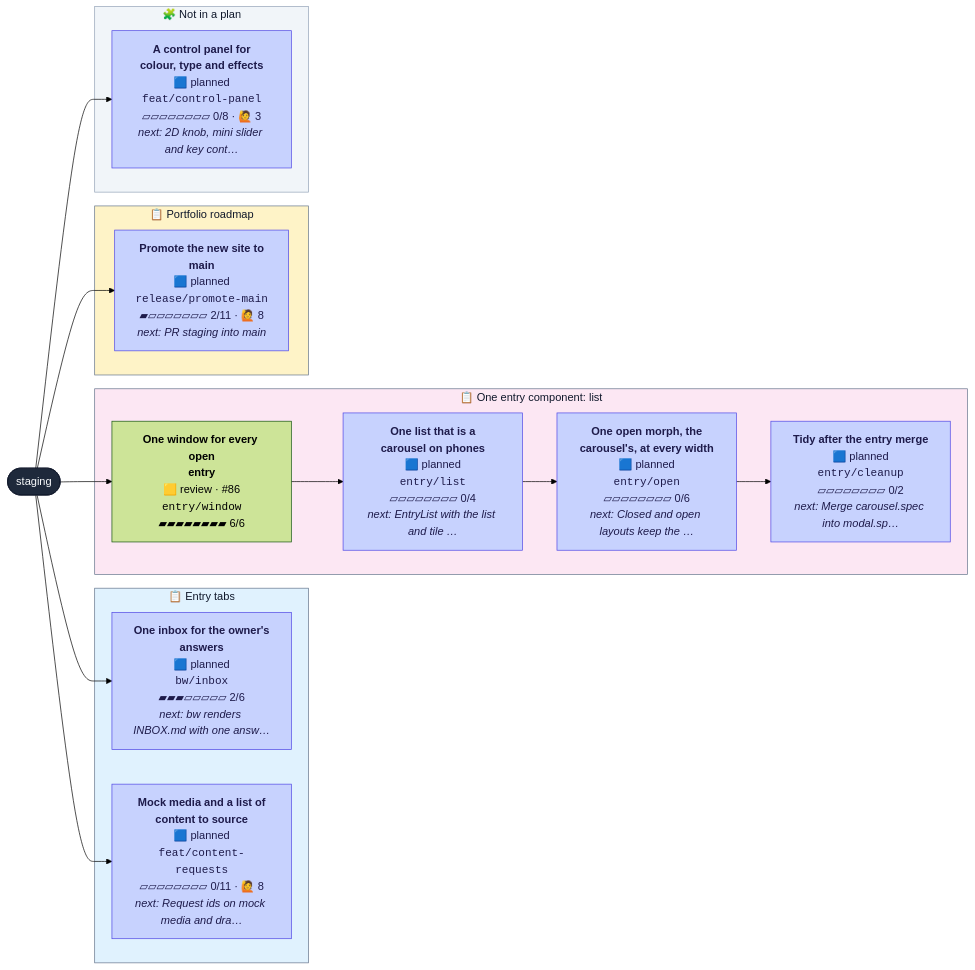
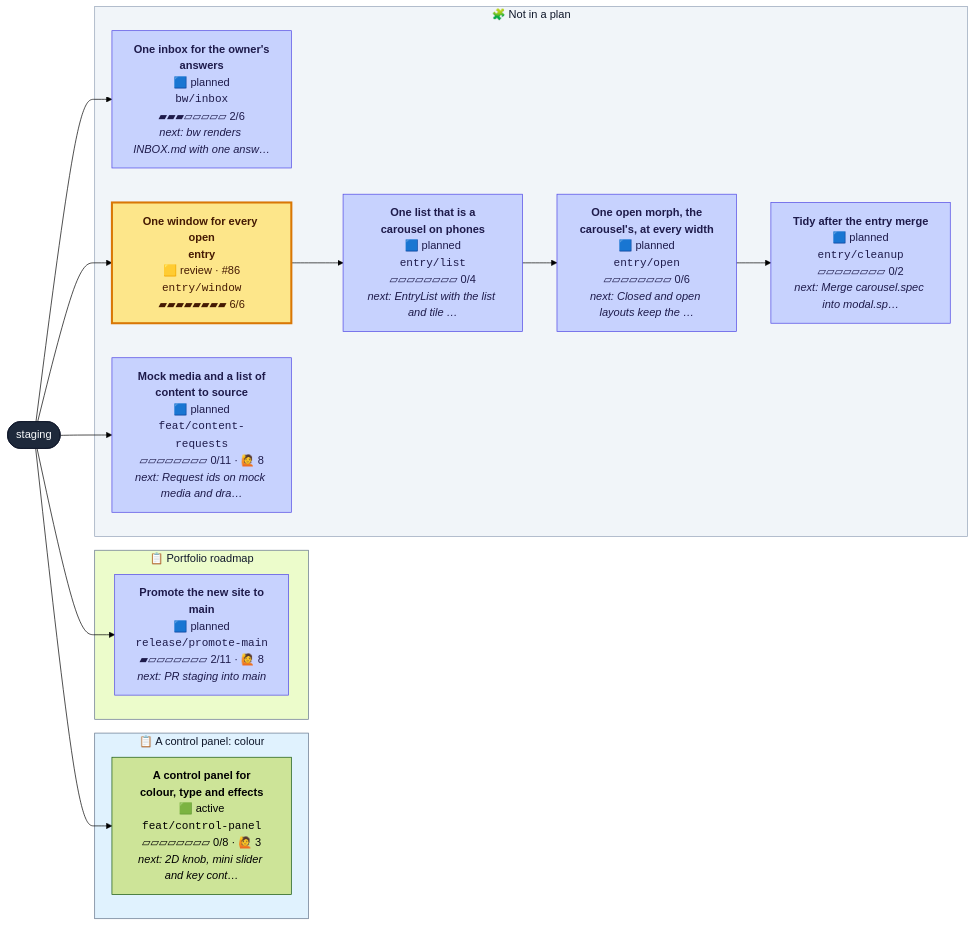
The diagram in CONTRIBUTING.md (henryjonescodes/portfolio), drawn with Mermaid (forest theme) before and after one commit. The commit also changed other lines of this file, not shown here.

````diff
--- a/CONTRIBUTING.md
+++ b/CONTRIBUTING.md
@@ -16,47 +16,44 @@
 ```mermaid
 flowchart LR
   n_staging([staging])
   class n_staging trunk
-  subgraph plan_0["📋 Entry tabs"]
+  subgraph plan_0["📋 A control panel: colour"]
+    n_feat_control_panel["<b>A control panel for<br/>colour, type and effects</b><br/>🟩 active<br/><code>feat/control-panel</code><br/>▱▱▱▱▱▱▱▱ 0/8 · 🙋 3<br/><i>next: 2D knob, mini slider and key cont…</i>"]
+    class n_feat_control_panel active,current
+  end
+  style plan_0 fill:#e0f2fe,stroke:#64748b,color:#0f172a
+  subgraph plan_2["📋 Portfolio roadmap"]
+    n_release_promote_main["<b>Promote the new site to<br/>main</b><br/>🟦 planned<br/><code>release/promote-main</code><br/>▰▱▱▱▱▱▱▱ 2/11 · 🙋 8<br/><i>next: PR staging into main</i>"]
+    class n_release_promote_main planned
+  end
+  style plan_2 fill:#ecfccb,stroke:#64748b,color:#0f172a
+  subgraph loose["🧩 Not in a plan"]
     n_bw_inbox["<b>One inbox for the owner's<br/>answers</b><br/>🟦 planned<br/><code>bw/inbox</code><br/>▰▰▰▱▱▱▱▱ 2/6<br/><i>next: bw renders INBOX.md with one answ…</i>"]
     class n_bw_inbox planned
-    n_feat_content_requests["<b>Mock media and a list of<br/>content to source</b><br/>🟦 planned<br/><code>feat/content-requests</code><br/>▱▱▱▱▱▱▱▱ 0/11 · 🙋 8<br/><i>next: Request ids on mock media and dra…</i>"]
-    class n_feat_content_requests planned
-  end
-  style plan_0 fill:#e0f2fe,stroke:#64748b,color:#0f172a
-  subgraph plan_1["📋 One entry component: list"]
     n_entry_cleanup["<b>Tidy after the entry merge</b><br/>🟦 planned<br/><code>entry/cleanup</code><br/>▱▱▱▱▱▱▱▱ 0/2<br/><i>next: Merge carousel.spec into modal.sp…</i>"]
     class n_entry_cleanup planned
     n_entry_list["<b>One list that is a<br/>carousel on phones</b><br/>🟦 planned<br/><code>entry/list</code><br/>▱▱▱▱▱▱▱▱ 0/4<br/><i>next: EntryList with the list and tile …</i>"]
     class n_entry_list planned
     n_entry_open["<b>One open morph, the<br/>carousel's, at every width</b><br/>🟦 planned<br/><code>entry/open</code><br/>▱▱▱▱▱▱▱▱ 0/6<br/><i>next: Closed and open layouts keep the …</i>"]
     class n_entry_open planned
     n_entry_window["<b>One window for every open<br/>entry</b><br/>🟨 review · #86<br/><code>entry/window</code><br/>▰▰▰▰▰▰▰▰ 6/6"]
-    class n_entry_window review,current
-  end
-  style plan_1 fill:#fce7f3,stroke:#64748b,color:#0f172a
-  subgraph plan_3["📋 Portfolio roadmap"]
-    n_release_promote_main["<b>Promote the new site to<br/>main</b><br/>🟦 planned<br/><code>release/promote-main</code><br/>▰▱▱▱▱▱▱▱ 2/11 · 🙋 8<br/><i>next: PR staging into main</i>"]
-    class n_release_promote_main planned
-  end
-  style plan_3 fill:#fef3c7,stroke:#64748b,color:#0f172a
-  subgraph loose["🧩 Not in a plan"]
-    n_feat_control_panel["<b>A control panel for<br/>colour, type and effects</b><br/>🟦 planned<br/><code>feat/control-panel</code><br/>▱▱▱▱▱▱▱▱ 0/8 · 🙋 3<br/><i>next: 2D knob, mini slider and key cont…</i>"]
-    class n_feat_control_panel planned
+    class n_entry_window review
+    n_feat_content_requests["<b>Mock media and a list of<br/>content to source</b><br/>🟦 planned<br/><code>feat/content-requests</code><br/>▱▱▱▱▱▱▱▱ 0/11 · 🙋 8<br/><i>next: Request ids on mock media and dra…</i>"]
+    class n_feat_content_requests planned
   end
   style loose fill:#f1f5f9,stroke:#94a3b8,color:#0f172a
   n_staging --> n_bw_inbox
   n_entry_open --> n_entry_cleanup
   n_entry_window --> n_entry_list
   n_entry_list --> n_entry_open
   n_staging --> n_entry_window
   n_staging --> n_feat_content_requests
   n_staging --> n_feat_control_panel
   n_staging --> n_release_promote_main
   classDef planned fill:#c7d2fe,stroke:#4f46e5,color:#1e1b4b
   classDef active fill:#bbf7d0,stroke:#16a34a,stroke-width:3px,color:#052e16
   classDef review fill:#fde68a,stroke:#d97706,stroke-width:3px,color:#451a03
   classDef blocked fill:#fecaca,stroke:#dc2626,stroke-width:3px,color:#450a0a
   classDef trunk fill:#1e293b,stroke:#0f172a,color:#f8fafc
   classDef current stroke:#0ea5e9,stroke-width:5px
 ```
````
